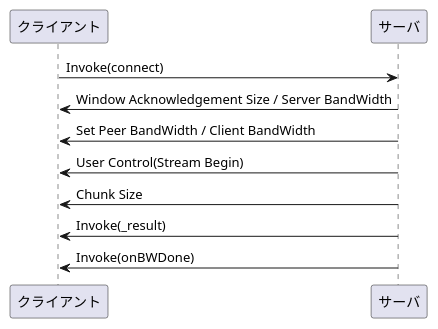
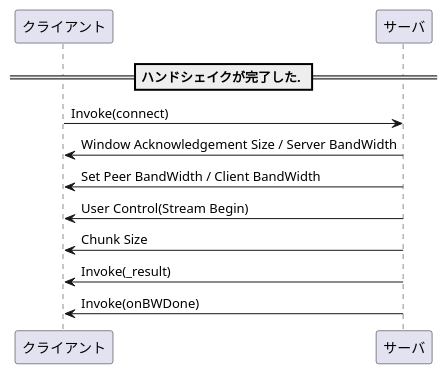
Before and after one commit to t-matsudate/rtmp-reports-src: the fifth of 6 diagrams in src/markdowns/Overview.md, drawn with PlantUML. The commit also changed other lines of this file and 1 other file, not shown here.

Commit message:
Added: The fixed invoke(connect) sequences.

```diff
--- a/src/markdowns/Overview.md
+++ b/src/markdowns/Overview.md
@@ -1429,9 +1429,10 @@
 @startuml
+== ハンドシェイクが完了した. ==
 クライアント -> サーバ: Invoke(connect)
 サーバ -> クライアント: Window Acknowledgement Size / Server BandWidth
 サーバ -> クライアント: Set Peer BandWidth / Client BandWidth
 サーバ -> クライアント: User Control(Stream Begin)
 サーバ -> クライアント: Chunk Size
 サーバ -> クライアント: Invoke(_result)
 サーバ -> クライアント: Invoke(onBWDone)
 @enduml
```
